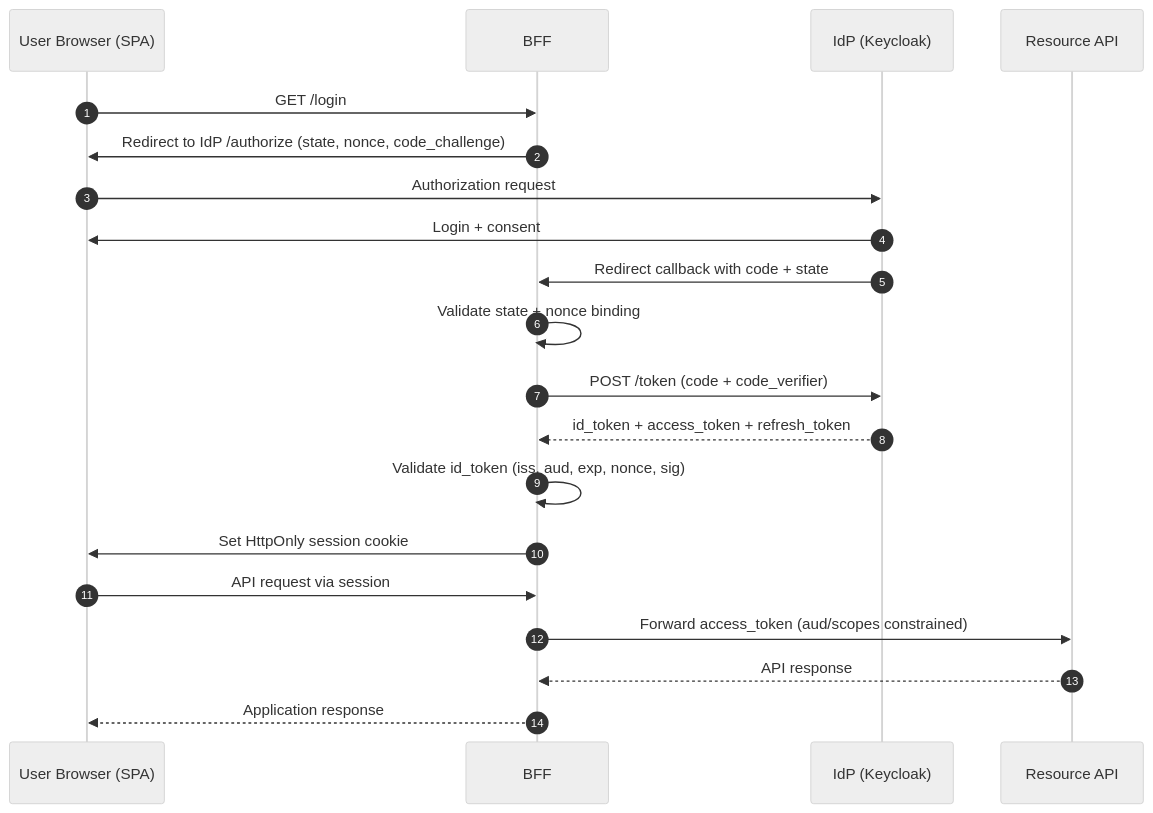
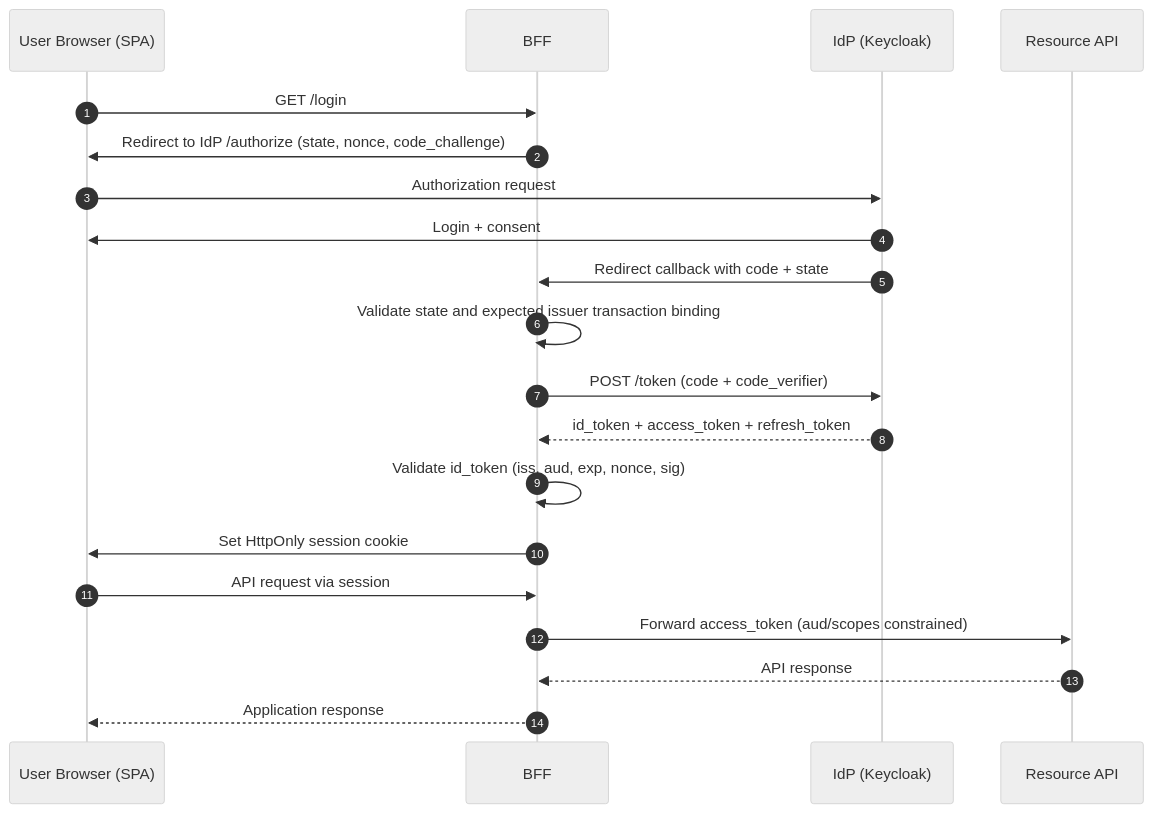
Before and after one commit to defrixx/defrixx.github.io: the diagram in content/application-security/identity/oidc-oauth/playbook.en.md, drawn with Mermaid (neutral theme). The commit also changed other lines of this file and 149 other files, not shown here.

````diff
--- a/content/application-security/identity/oidc-oauth/playbook.en.md
+++ b/content/application-security/identity/oidc-oauth/playbook.en.md
@@ -17,23 +17,23 @@
 ```mermaid
 sequenceDiagram
     autonumber
     participant U as User Browser (SPA)
     participant B as BFF
     participant I as IdP (Keycloak)
     participant A as Resource API
 
     U->>B: GET /login
     B->>U: Redirect to IdP /authorize (state, nonce, code_challenge)
     U->>I: Authorization request
     I->>U: Login + consent
     I->>B: Redirect callback with code + state
-    B->>B: Validate state + nonce binding
+    B->>B: Validate state and expected issuer transaction binding
     B->>I: POST /token (code + code_verifier)
     I-->>B: id_token + access_token + refresh_token
     B->>B: Validate id_token (iss, aud, exp, nonce, sig)
     B->>U: Set HttpOnly session cookie
     U->>B: API request via session
     B->>A: Forward access_token (aud/scopes constrained)
     A-->>B: API response
     B-->>U: Application response
 ```
````
